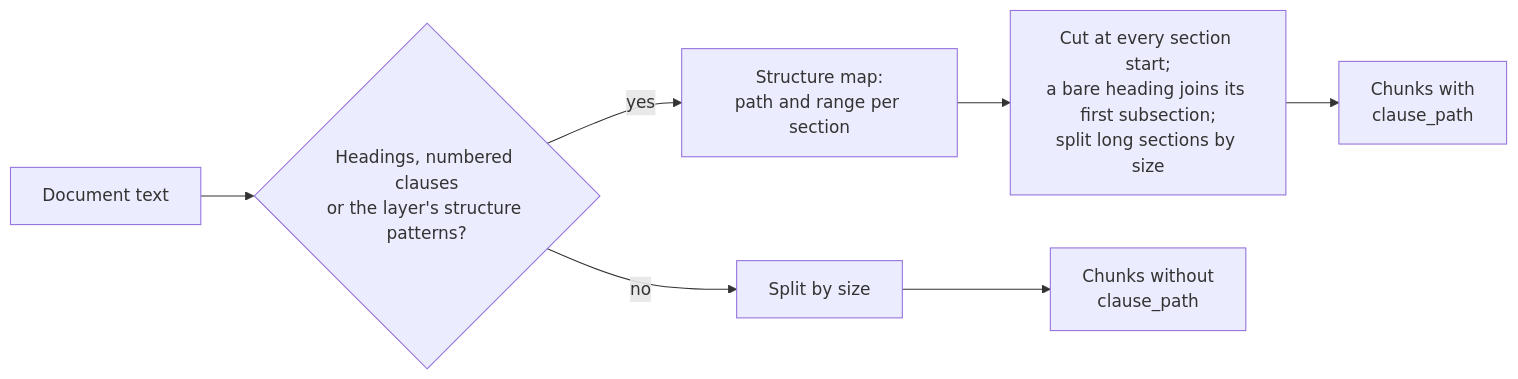
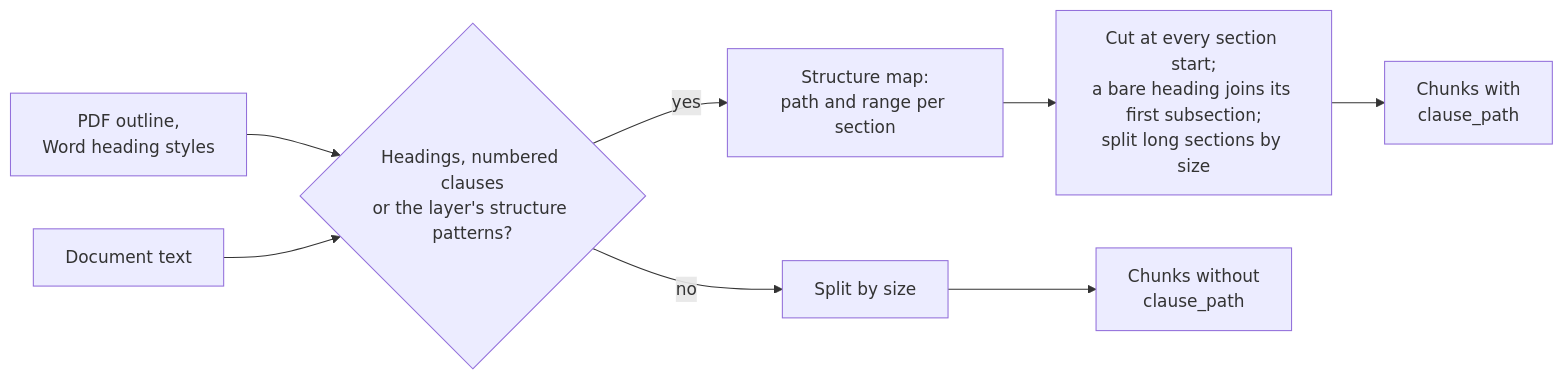
One commit to boudou/StrataKB changed the fifth of 14 diagrams in README.md. Above: the diagram before and after it, drawn with Mermaid. The commit also changed other lines of this file and 7 other files, not shown here.

````diff
--- a/README.md
+++ b/README.md
@@ -155,6 +155,7 @@
 ```mermaid
 flowchart LR
+    o["PDF outline,<br/>Word heading styles"] --> d
     t["Document text"] --> d{"Headings, numbered clauses<br/>or the layer's structure patterns?"}
     d -->|"yes"| m["Structure map:<br/>path and range per section"] --> s["Cut at every section start;<br/>a bare heading joins its first subsection;<br/>split long sections by size"] --> c["Chunks with<br/>clause_path"]
     d -->|"no"| z["Split by size"] --> c2["Chunks without<br/>clause_path"]
 ```
````
